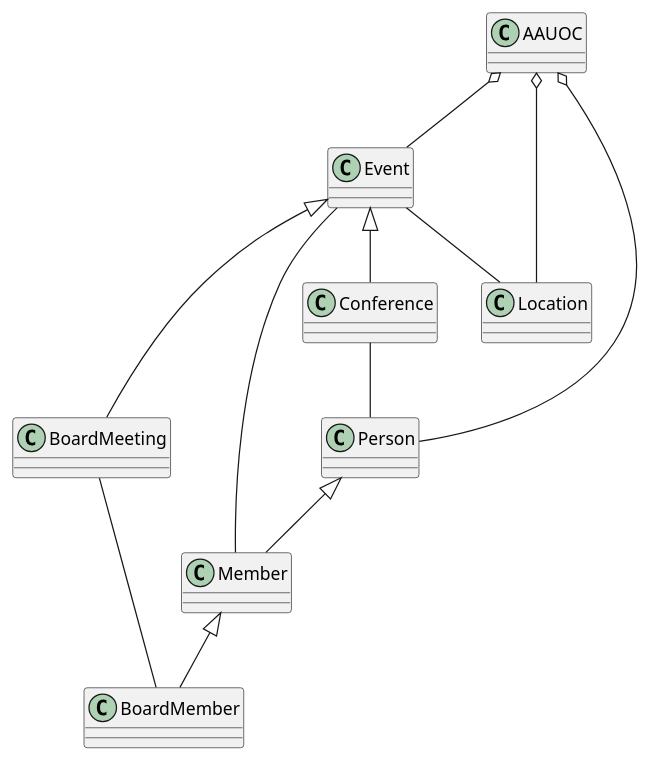
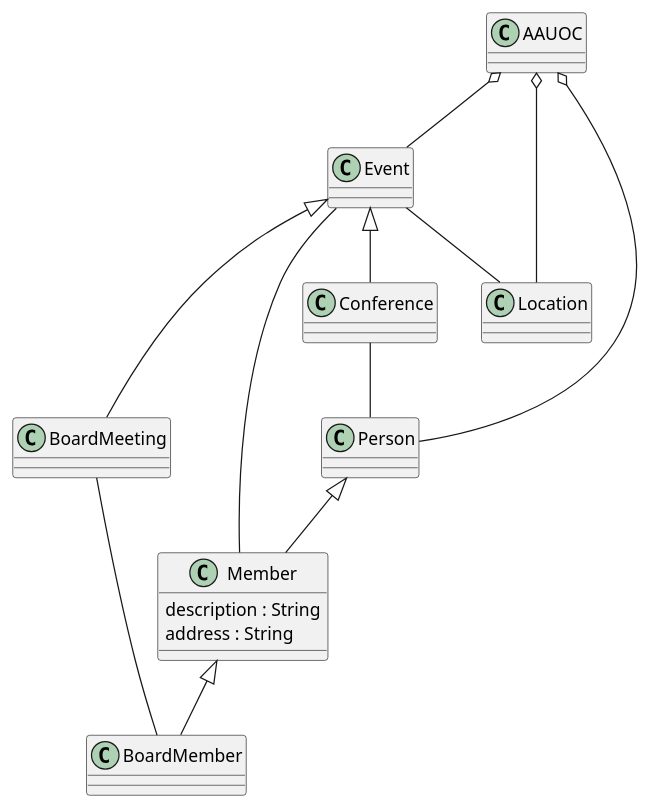
One commit to carniedom/UMLClases_CarmeloNietoDomene changed the diagram in UMLClases_CND/UMLClases_CND.puml. Above: the diagram before and after it, drawn with PlantUML.

Commit message:
Atributos Member

```diff
--- a/UMLClases_CND/UMLClases_CND.puml
+++ b/UMLClases_CND/UMLClases_CND.puml
@@ -1,39 +1,39 @@
 @startuml
 class Member{
+    description : String
+    address : String
 }
 
 class BoardMember{
 }
 
 class Event{
 }
 
 class Conference{
 }
 
 class BoardMeeting{
 }
 
 class Location{
 }
 
 class Person{
 }
 
 class AAUOC{
 }
 
 AAUOC o-- Event
 AAUOC o-- Person
 AAUOC o-- Location
 Event -- Location
 Event -- Member
 Event <|-- Conference
 Event <|-- BoardMeeting
 Conference -- Person
 BoardMeeting -- BoardMember
 Person <|-- Member
 Member <|-- BoardMember
-
-
 @enduml
```
